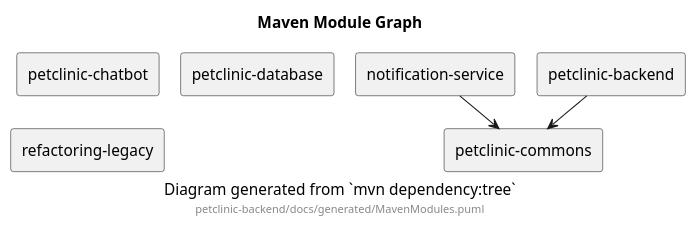
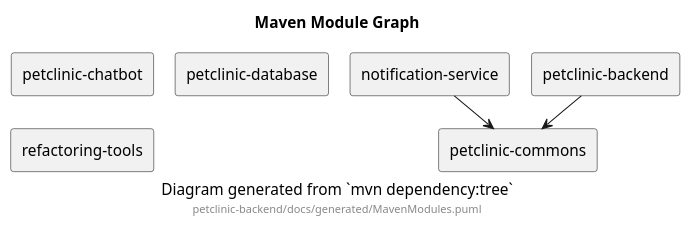
The diagram in petclinic-backend/docs/generated/MavenModules.puml (victorrentea/petclinic), drawn with PlantUML before and after one commit. The commit also changed 7 other files, not shown here.

Commit message:
Rename refactoring-legacy module to refactoring-tools

```diff
--- a/petclinic-backend/docs/generated/MavenModules.puml
+++ b/petclinic-backend/docs/generated/MavenModules.puml
@@ -1,23 +1,23 @@
 @startuml
 
 title Maven Module Graph
 caption Diagram generated from `mvn dependency:tree`
 footer petclinic-backend/docs/generated/MavenModules.puml
 
 skinparam shadowing false
 skinparam componentStyle rectangle
 skinparam nodesep 20
 skinparam ranksep 30
 
 component "notification-service" as notification_service
 component "petclinic-backend" as petclinic_backend
 component "petclinic-chatbot" as petclinic_chatbot
 component "petclinic-commons" as petclinic_commons
 component "petclinic-database" as petclinic_database
-component "refactoring-legacy" as refactoring_legacy
+component "refactoring-tools" as refactoring_tools
 
 notification_service --> petclinic_commons
 petclinic_backend --> petclinic_commons
 
 
 @enduml
```
